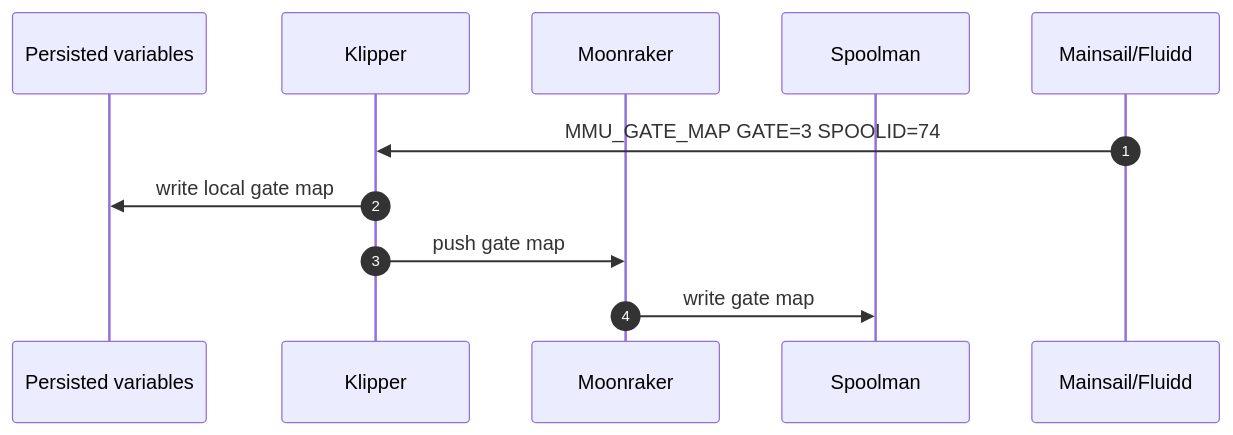
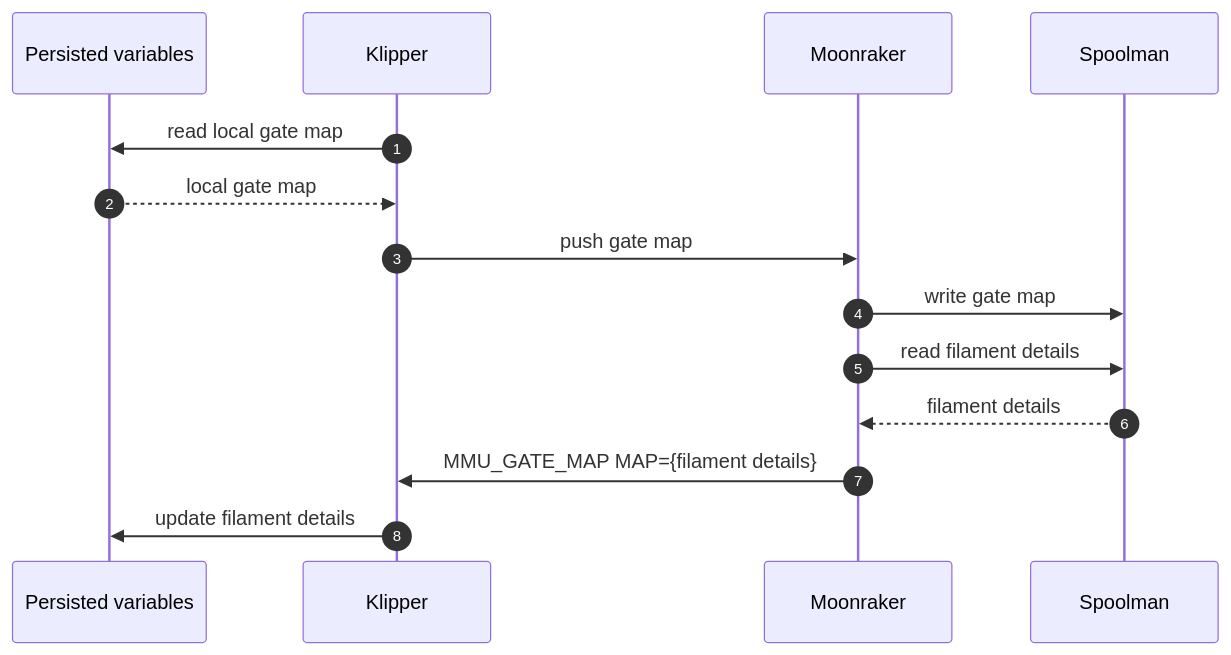
One commit to 3DCoded/Happy-Hare changed the third of 6 diagrams in Spoolman-Support.md. Above: the diagram before and after it, drawn with Mermaid. The commit also changed other lines of this file, not shown here.

````diff
--- a/Spoolman-Support.md
+++ b/Spoolman-Support.md
@@ -106,14 +114,17 @@
 ```mermaid
 sequenceDiagram
     autonumber
     participant L as Persisted variables
     participant K as Klipper
     participant M as Moonraker
     participant S as Spoolman
-    participant MF as Mainsail/Fluidd
 
-    MF->>K: MMU_GATE_MAP GATE=3 SPOOLID=74
-    K->>L: write local gate map
+    K->>L: read local gate map
+    L-->>K: local gate map
     K->>M: push gate map
     M->>S: write gate map
+    M->>S: read filament details
+    S-->>M: filament details
+    M->>K: MMU_GATE_MAP MAP={filament details}
+    K->>L: update filament details
 ```
````
